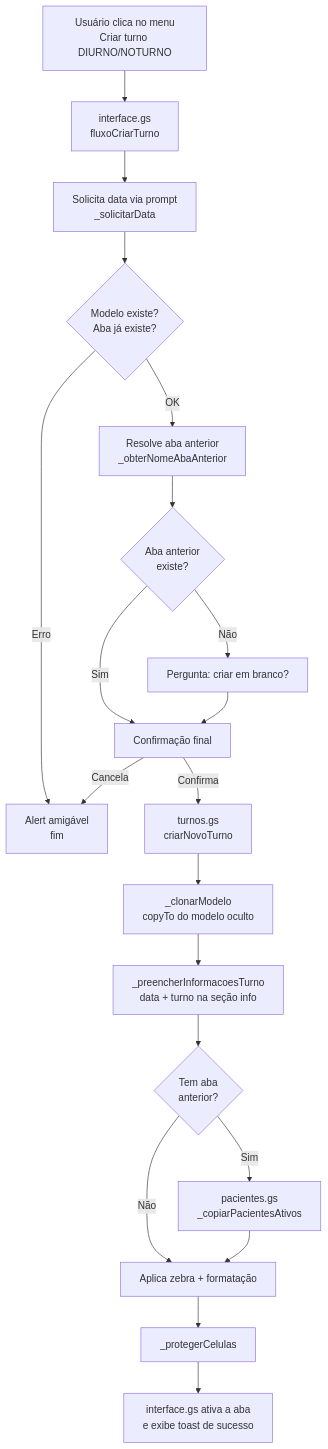
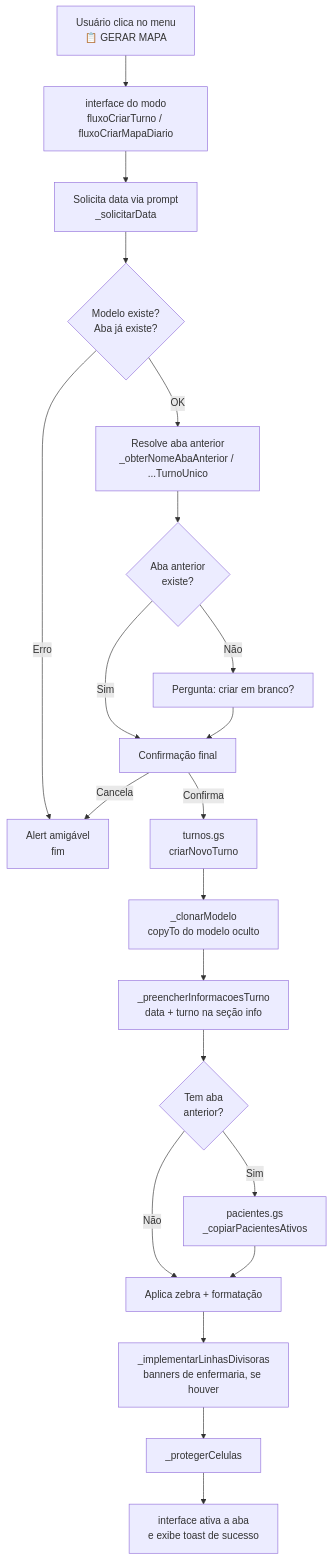
The diagram in README.md (trindata/dados-hospital-regional-estancia), drawn with Mermaid before and after one commit. The commit also changed other lines of this file and 1 other file, not shown here.

````diff
--- a/README.md
+++ b/README.md
@@ -41,22 +73,23 @@
 ```mermaid
 flowchart TD
-    A[Usuário clica no menu<br/>Criar turno DIURNO/NOTURNO] --> B[interface.gs<br/>fluxoCriarTurno]
+    A[Usuário clica no menu<br/>📋 GERAR MAPA] --> B[interface do modo<br/>fluxoCriarTurno / fluxoCriarMapaDiario]
     B --> C[Solicita data via prompt<br/>_solicitarData]
     C --> D{Modelo existe?<br/>Aba já existe?}
     D -->|Erro| E[Alert amigável<br/>fim]
-    D -->|OK| F[Resolve aba anterior<br/>_obterNomeAbaAnterior]
+    D -->|OK| F[Resolve aba anterior<br/>_obterNomeAbaAnterior / ...TurnoUnico]
     F --> G{Aba anterior<br/>existe?}
     G -->|Não| H[Pergunta: criar em branco?]
     G -->|Sim| I[Confirmação final]
     H --> I
     I -->|Cancela| E
     I -->|Confirma| J[turnos.gs<br/>criarNovoTurno]
     J --> K[_clonarModelo<br/>copyTo do modelo oculto]
     K --> L[_preencherInformacoesTurno<br/>data + turno na seção info]
     L --> M{Tem aba<br/>anterior?}
     M -->|Sim| N[pacientes.gs<br/>_copiarPacientesAtivos]
     M -->|Não| O[Aplica zebra + formatação]
     N --> O
-    O --> P[_protegerCelulas]
-    P --> Q[interface.gs ativa a aba<br/>e exibe toast de sucesso]
+    O --> R[_implementarLinhasDivisoras<br/>banners de enfermaria, se houver]
+    R --> P[_protegerCelulas]
+    P --> Q[interface ativa a aba<br/>e exibe toast de sucesso]
 ```
````
